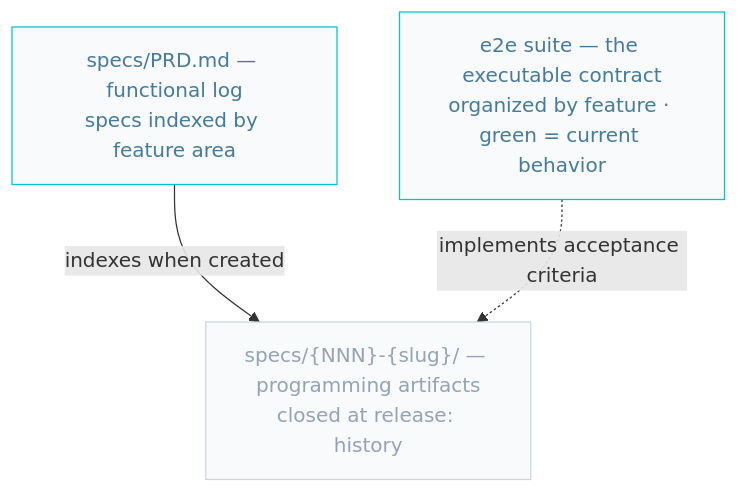
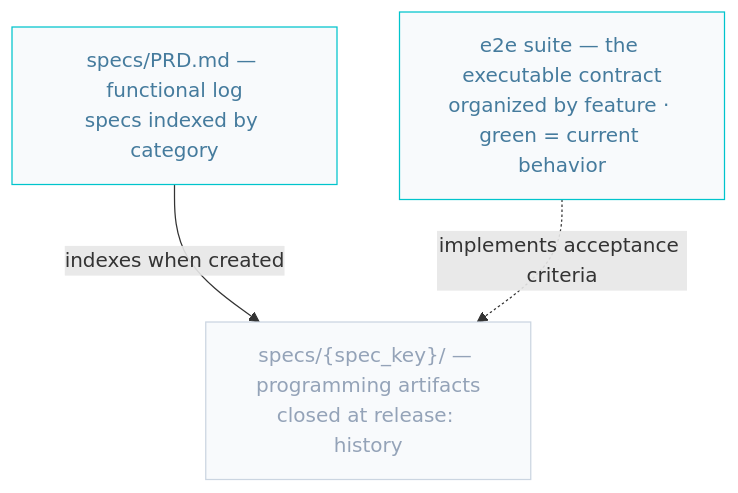
Before and after one commit to AIDDbot/AIDDbot: the first of 9 diagrams in docs/AIDD.workflow.md, drawn with Mermaid. The commit also changed other lines of this file and 15 other files, not shown here.

````diff
--- a/docs/AIDD.workflow.md
+++ b/docs/AIDD.workflow.md
@@ -15,12 +15,12 @@
 ```mermaid
 flowchart TB
   classDef nd fill:#f8fafc,stroke:#00c4cc,color:#457b9d
   classDef hist fill:#f8fafc,stroke:#cbd5e1,color:#94a3b8
 
   E2E["e2e suite — the executable contract<br/>organized by feature · green = current behavior"]:::nd
-  PRD["specs/PRD.md — functional log<br/>specs indexed by feature area"]:::nd
-  SPECS["specs/{NNN}-{slug}/ — programming artifacts<br/>closed at release: history"]:::hist
+  PRD["specs/PRD.md — functional log<br/>specs indexed by category"]:::nd
+  SPECS["specs/{spec_key}/ — programming artifacts<br/>closed at release: history"]:::hist
 
   PRD -->|"indexes when created"| SPECS
   E2E -.->|"implements acceptance criteria"| SPECS
 ```
````
